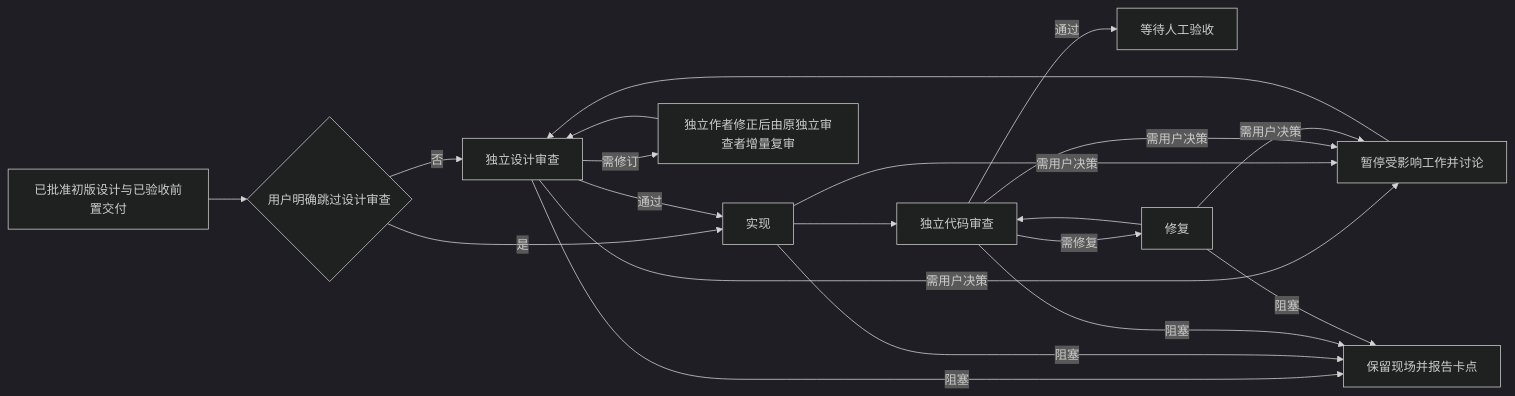
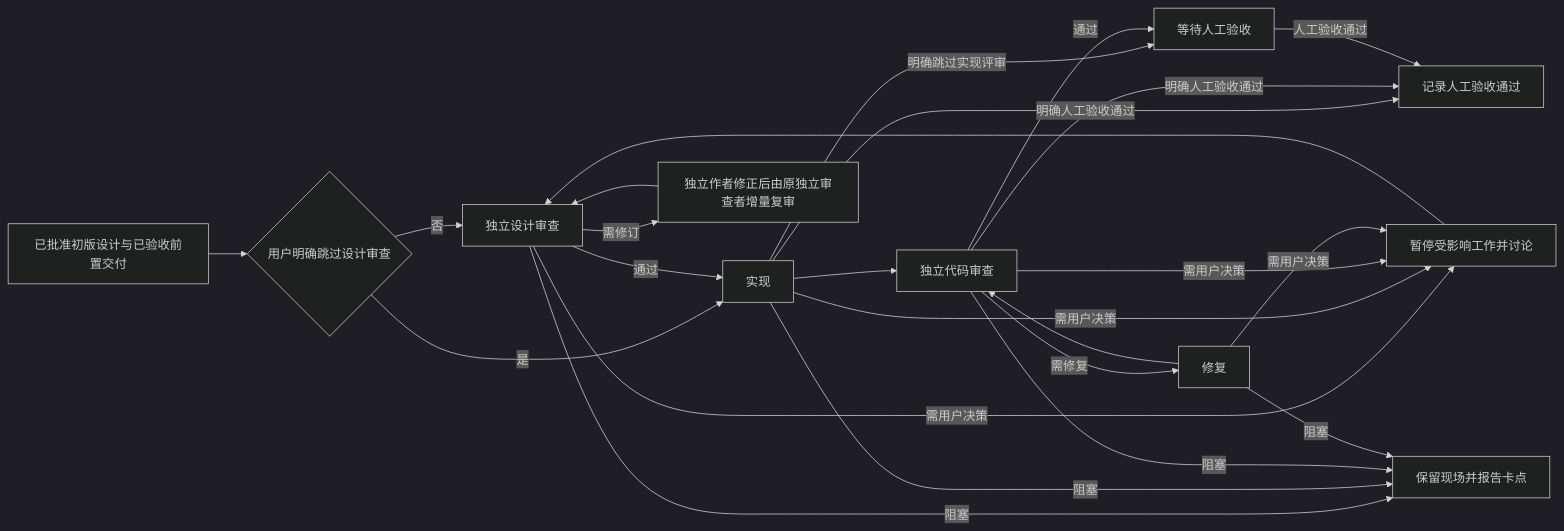
Before and after one commit to AiRanthem/agents: the diagram in docs/designs/autonomous-project-advancement.md, drawn with Mermaid (dark theme). The commit also changed other lines of this file and 19 other files, not shown here.

````diff
--- a/docs/designs/autonomous-project-advancement.md
+++ b/docs/designs/autonomous-project-advancement.md
@@ -66,22 +68,26 @@
 ```mermaid
 flowchart LR
     A[已批准初版设计与已验收前置交付] --> S{用户明确跳过设计审查}
     S -->|否| B[独立设计审查]
     S -->|是| C
     B -->|通过| C[实现]
     B -->|需修订| X[独立作者修正后由原独立审查者增量复审]
     X --> B
     B -->|需用户决策| U[暂停受影响工作并讨论]
     U --> B
     C --> D[独立代码审查]
+    C -->|明确跳过实现评审| E
+    C -->|明确人工验收通过| H[记录人工验收通过]
     D -->|通过| E[等待人工验收]
+    D -->|明确人工验收通过| H
+    E -->|人工验收通过| H
     D -->|需修复| F[修复]
     F --> D
     C -->|需用户决策| U
     D -->|需用户决策| U
     F -->|需用户决策| U
     B -->|阻塞| K[保留现场并报告卡点]
     C -->|阻塞| K
     D -->|阻塞| K
     F -->|阻塞| K
 ```
````
